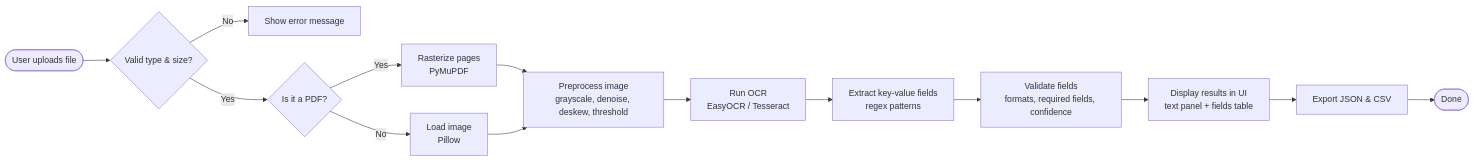
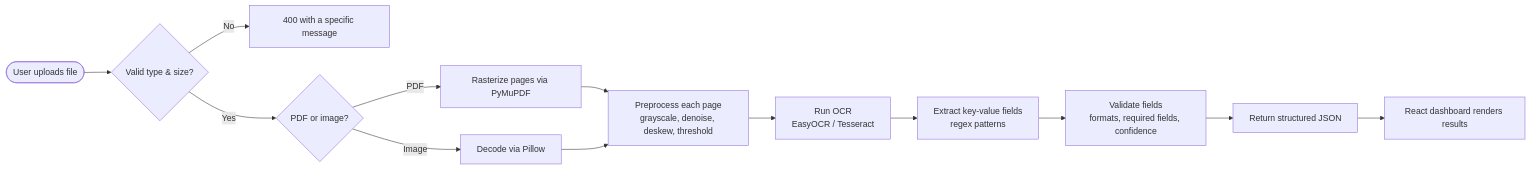
One commit to arun-abishek-n/AI-Document-Processor changed the second of 2 diagrams in README.md. Above: the diagram before and after it, drawn with Mermaid. The commit also changed other lines of this file and 59 other files, not shown here.

First line of the commit message:
Rebuild as FastAPI + React, fix OCR encoding crash, add tests

````diff
--- a/README.md
+++ b/README.md
@@ -109,19 +84,18 @@
 ```mermaid
 flowchart LR
     Start([User uploads file]) --> Validate{Valid type & size?}
-    Validate -- No --> Error1[Show error message]
-    Validate -- Yes --> IsPDF{Is it a PDF?}
+    Validate -- No --> Error1[400 with a specific message]
+    Validate -- Yes --> IsPDF{PDF or image?}
 
-    IsPDF -- Yes --> Rasterize[Rasterize pages<br/>PyMuPDF]
-    IsPDF -- No --> LoadImage[Load image<br/>Pillow]
+    IsPDF -- PDF --> Rasterize[Rasterize pages via PyMuPDF]
+    IsPDF -- Image --> LoadImage[Decode via Pillow]
 
     Rasterize --> Preprocess
     LoadImage --> Preprocess
 
-    Preprocess[Preprocess image<br/>grayscale, denoise, deskew, threshold] --> OCR[Run OCR<br/>EasyOCR / Tesseract]
+    Preprocess[Preprocess each page<br/>grayscale, denoise, deskew, threshold] --> OCR[Run OCR<br/>EasyOCR / Tesseract]
     OCR --> Extract[Extract key-value fields<br/>regex patterns]
     Extract --> Validate2[Validate fields<br/>formats, required fields, confidence]
-    Validate2 --> Review[Display results in UI<br/>text panel + fields table]
-    Review --> Export[Export JSON & CSV]
-    Export --> End([Done])
+    Validate2 --> Response[Return structured JSON]
+    Response --> Dashboard[React dashboard renders results]
 ```
````
